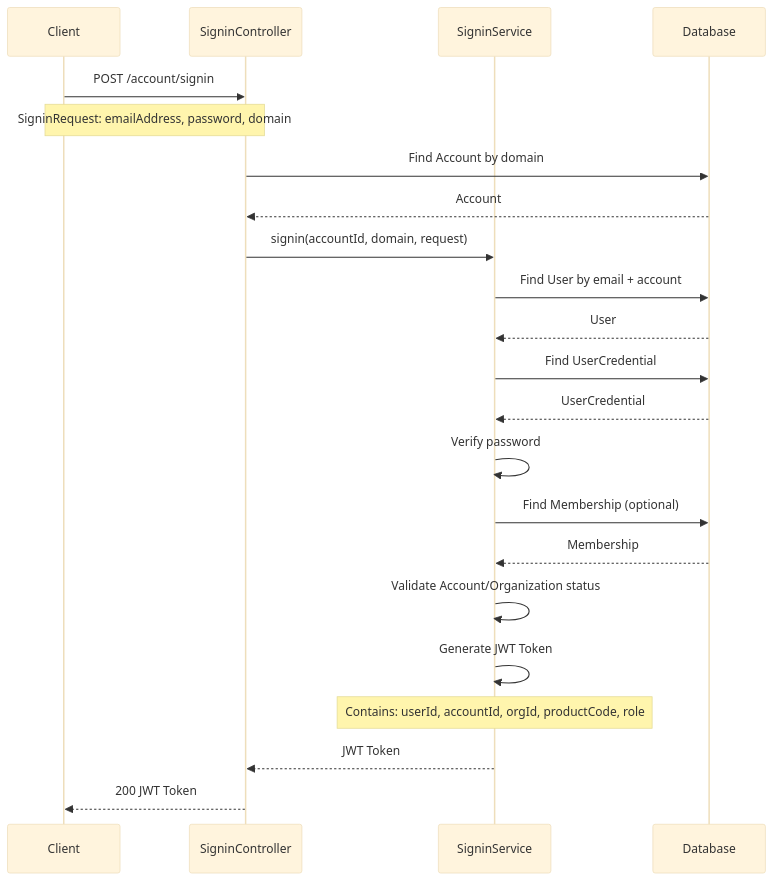
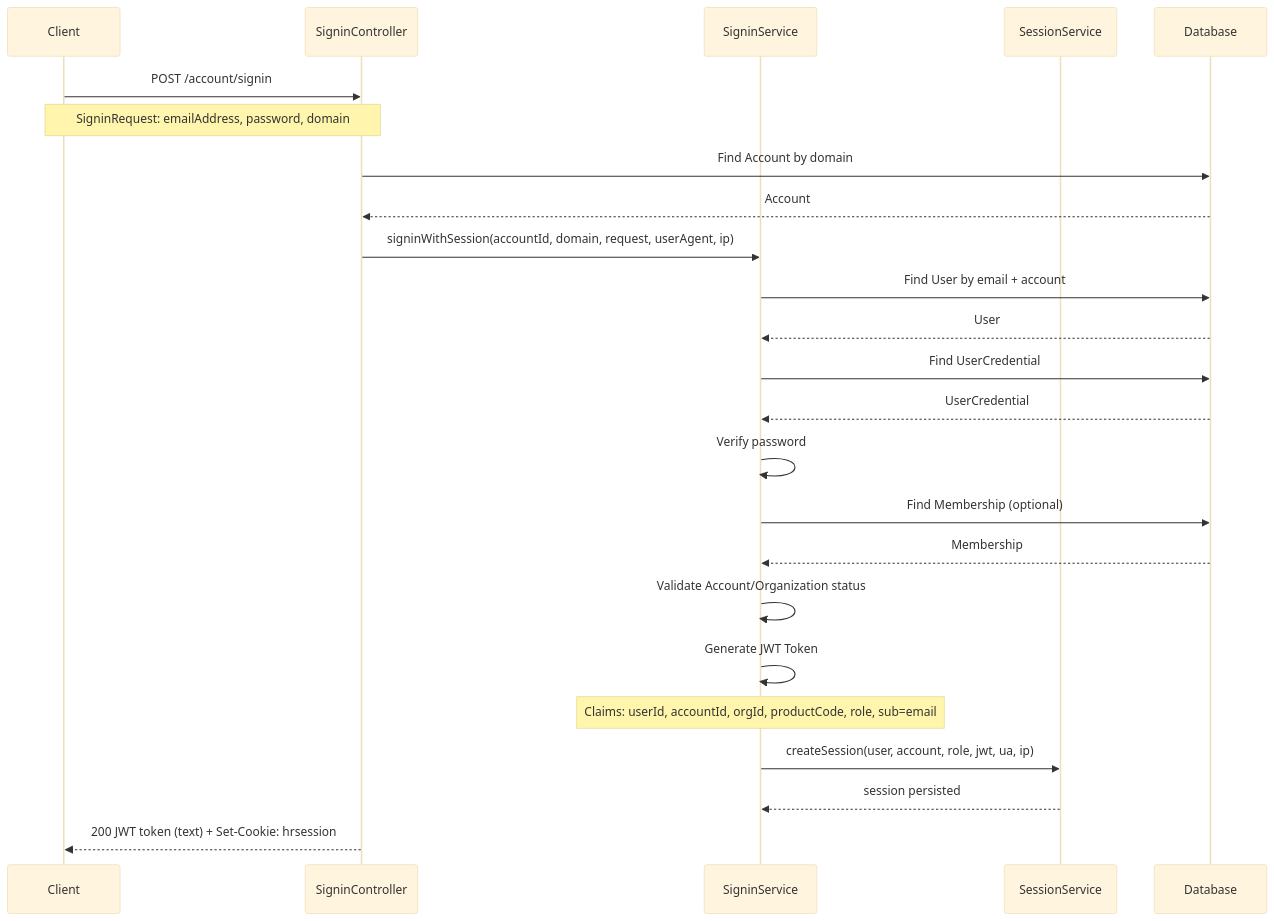
Before and after one commit to imprabu/delight-account-service: the fourth of 8 diagrams in application-flow-diagram.md, drawn with Mermaid (base theme). The commit also changed other lines of this file and 75 other files, not shown here.

````diff
--- a/application-flow-diagram.md
+++ b/application-flow-diagram.md
@@ -165,34 +178,35 @@
 ```mermaid
 sequenceDiagram
     participant Client
     participant SigninController
     participant SigninService
+    participant SessionService
     participant DB as Database
     
     Client->>SigninController: POST /account/signin
     Note over Client,SigninController: SigninRequest: emailAddress, password, domain
     
     SigninController->>DB: Find Account by domain
     DB-->>SigninController: Account
     
-    SigninController->>SigninService: signin(accountId, domain, request)
+    SigninController->>SigninService: signinWithSession(accountId, domain, request, userAgent, ip)
     
     SigninService->>DB: Find User by email + account
     DB-->>SigninService: User
     
     SigninService->>DB: Find UserCredential
     DB-->>SigninService: UserCredential
     
     SigninService->>SigninService: Verify password
     
     SigninService->>DB: Find Membership (optional)
     DB-->>SigninService: Membership
     
     SigninService->>SigninService: Validate Account/Organization status
     
     SigninService->>SigninService: Generate JWT Token
-    Note over SigninService: Contains: userId, accountId, orgId, productCode, role
-    
-    SigninService-->>SigninController: JWT Token
-    SigninController-->>Client: 200 JWT Token
+    Note over SigninService: Claims: userId, accountId, orgId, productCode, role, sub=email
+    SigninService->>SessionService: createSession(user, account, role, jwt, ua, ip)
+    SessionService-->>SigninService: session persisted
+    SigninController-->>Client: 200 JWT token (text) + Set-Cookie: hrsession
 ```
````
